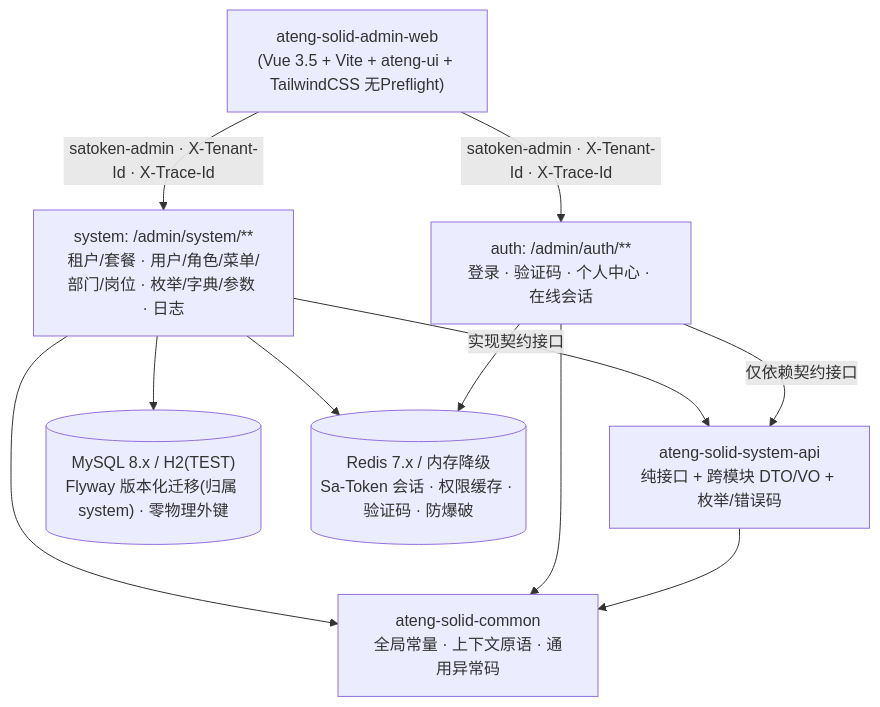
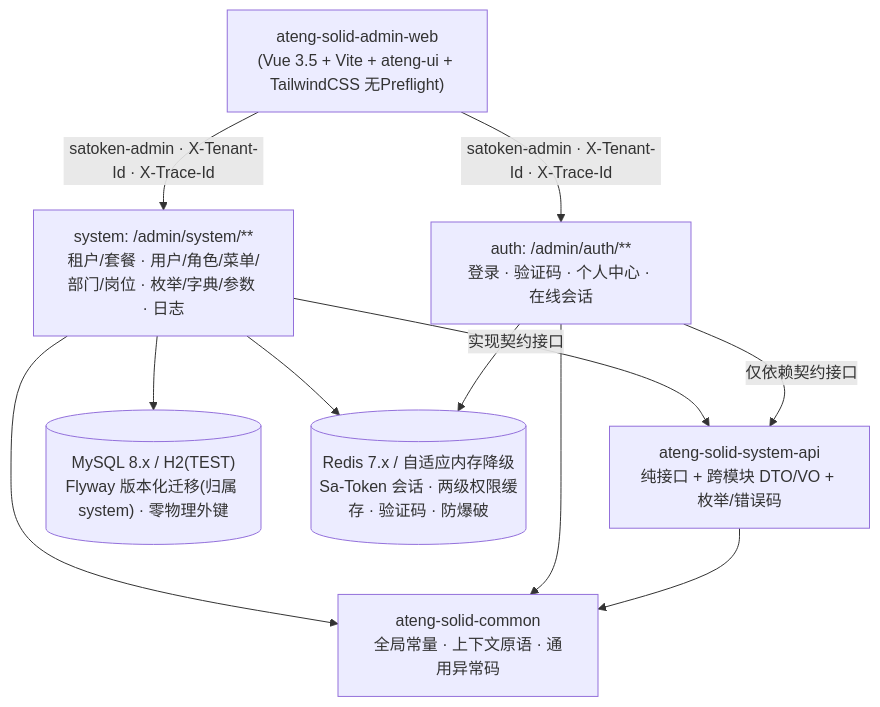
The diagram in docs/specs/mvp-architecture-and-domain-blueprint.md (atengk/ateng-solid), drawn with Mermaid before and after one commit. The commit also changed other lines of this file and 16 other files, not shown here.

````diff
--- a/docs/specs/mvp-architecture-and-domain-blueprint.md
+++ b/docs/specs/mvp-architecture-and-domain-blueprint.md
@@ -41,21 +41,21 @@
 ```mermaid
 flowchart TD
     Web["ateng-solid-admin-web<br/>(Vue 3.5 + Vite + ateng-ui + TailwindCSS 无Preflight)"]
     AuthCtrl["auth: /admin/auth/**<br/>登录 · 验证码 · 个人中心 · 在线会话"]
     SysCtrl["system: /admin/system/**<br/>租户/套餐 · 用户/角色/菜单/部门/岗位 · 枚举/字典/参数 · 日志"]
     SysApi["ateng-solid-system-api<br/>纯接口 + 跨模块 DTO/VO + 枚举/错误码"]
     Common["ateng-solid-common<br/>全局常量 · 上下文原语 · 通用异常码"]
     DB[("MySQL 8.x / H2(TEST)<br/>Flyway 版本化迁移(归属 system) · 零物理外键")]
-    Redis[("Redis 7.x / 内存降级<br/>Sa-Token 会话 · 权限缓存 · 验证码 · 防爆破")]
+    Redis[("Redis 7.x / 自适应内存降级<br/>Sa-Token 会话 · 两级权限缓存 · 验证码 · 防爆破")]
 
     Web -->|"satoken-admin · X-Tenant-Id · X-Trace-Id"| AuthCtrl
     Web -->|"satoken-admin · X-Tenant-Id · X-Trace-Id"| SysCtrl
     AuthCtrl -->|仅依赖契约接口| SysApi
     SysCtrl -->|实现契约接口| SysApi
     SysApi --> Common
     AuthCtrl --> Common
     SysCtrl --> Common
     AuthCtrl --> Redis
     SysCtrl --> DB
     SysCtrl --> Redis
 ```
````
